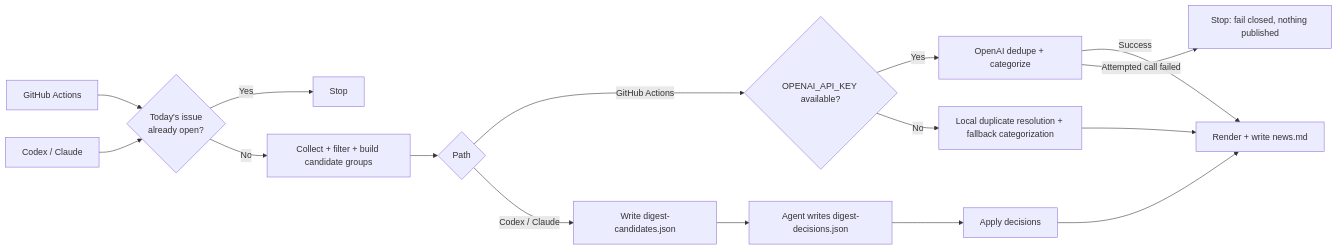
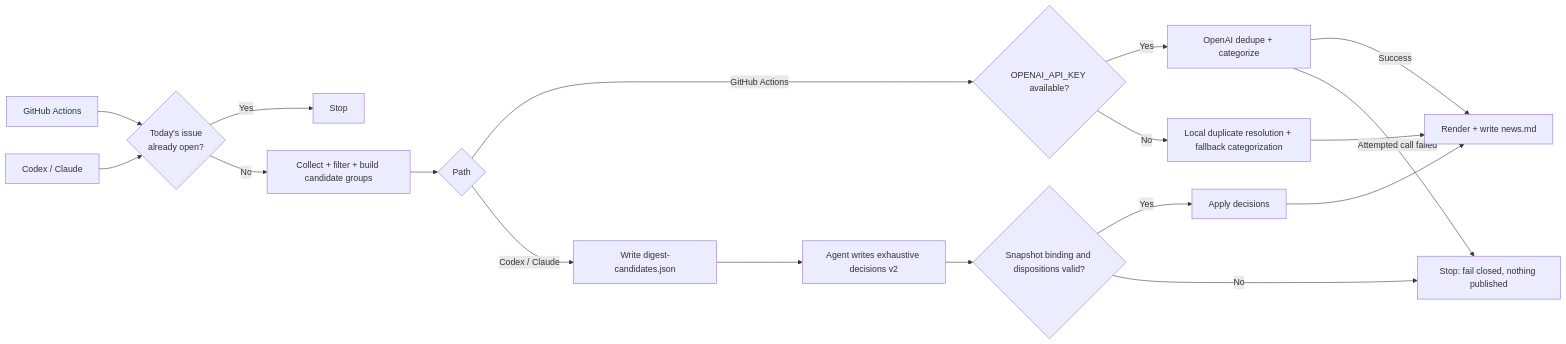
Before and after one commit to nickzren/ai-news-agent: the second of 2 diagrams in docs/architecture.md, drawn with Mermaid. The commit also changed other lines of this file and 2 other files, not shown here.

Commit message:
docs(decisions): Document bound AI decisions

````diff
--- a/docs/architecture.md
+++ b/docs/architecture.md
@@ -62,18 +62,20 @@
 ```mermaid
 flowchart LR
     GH[GitHub Actions] --> T{Today's issue<br/>already open?}
     AGENT[Codex / Claude] --> T
     T -- Yes --> S[Stop]
     T -- No --> C[Collect + filter + build candidate groups]
     C --> P{Path}
     P -- GitHub Actions --> K1{OPENAI_API_KEY available?}
     K1 -- Yes --> L[OpenAI dedupe + categorize]
     K1 -- No --> R[Local duplicate resolution + fallback categorization]
     P -- Codex / Claude --> X[Write digest-candidates.json]
-    X --> Y[Agent writes digest-decisions.json]
-    Y --> Z[Apply decisions]
+    X --> Y[Agent writes exhaustive decisions v2]
+    Y --> V{Snapshot binding and dispositions valid?}
+    V -- Yes --> Z[Apply decisions]
+    V -- No --> F[Stop: fail closed, nothing published]
     L -- Success --> W[Render + write news.md]
     L -- Attempted call failed --> F[Stop: fail closed, nothing published]
     R --> W
     Z --> W
 ```
````
